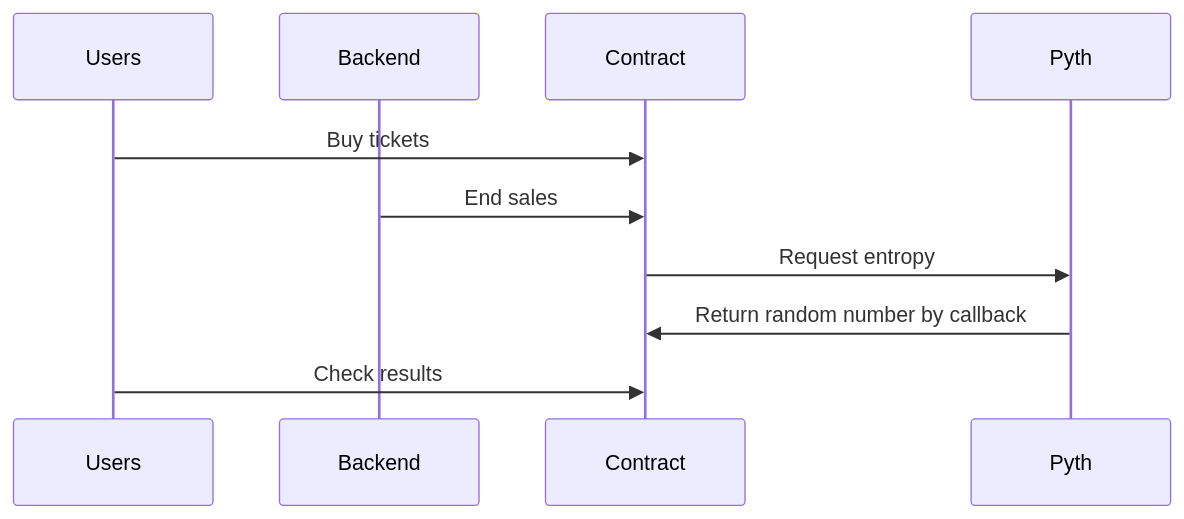
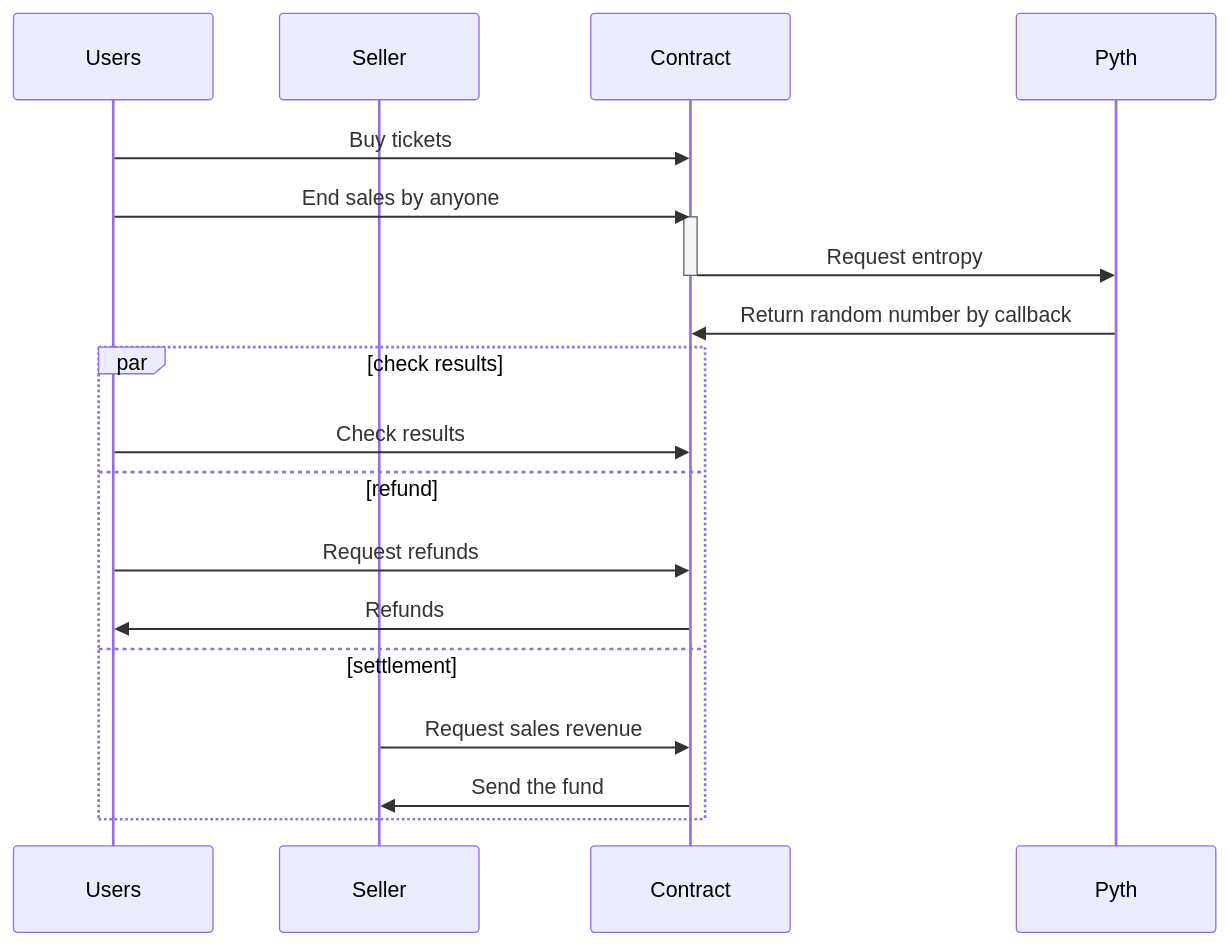
The diagram in README.md (buenos-tickets/monorepo), drawn with Mermaid before and after one commit.

Commit message:
update sequence diagram

````diff
--- a/README.md
+++ b/README.md
@@ -9,10 +9,20 @@
 ```mermaid
 sequenceDiagram
   participant Users
-  participant Backend
+  participant Seller
   Users->>Contract: Buy tickets
-  Backend->>Contract: End sales
+  Users->>Contract: End sales by anyone
+  activate Contract
   Contract->>Pyth: Request entropy
+  deactivate Contract
   Pyth->>Contract: Return random number by callback
-  Users->>Contract: Check results
+  par check results
+    Users->>Contract: Check results
+  and refund
+    Users->>Contract: Request refunds
+    Contract->>Users: Refunds
+  and settlement
+    Seller->>Contract: Request sales revenue
+    Contract->>Seller: Send the fund
+  end
 ```
````
